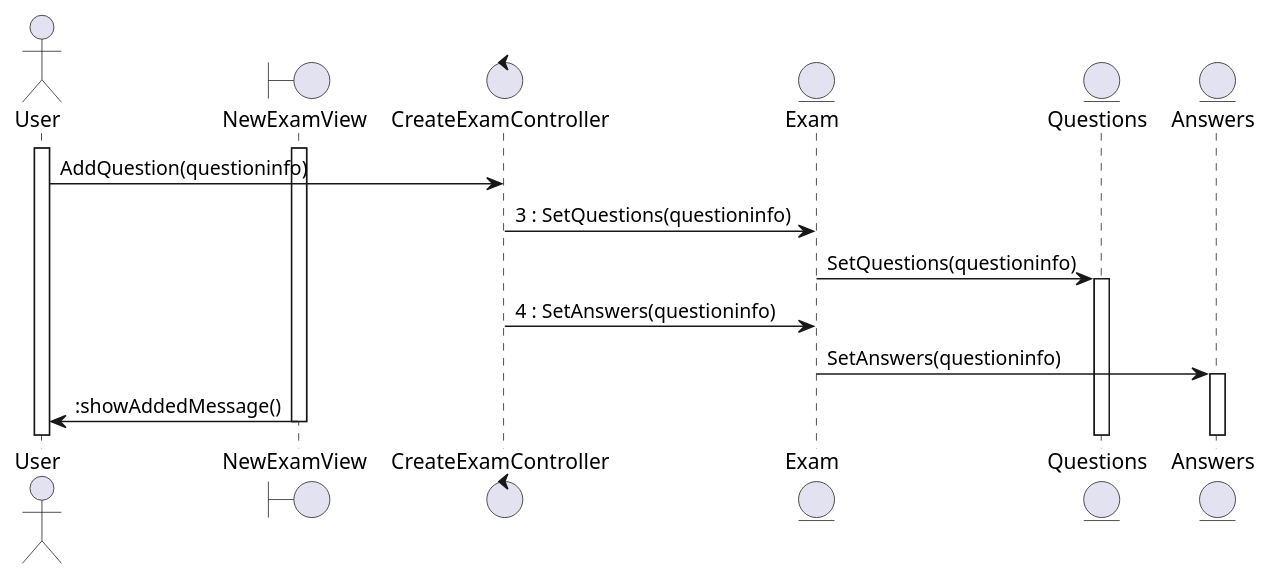
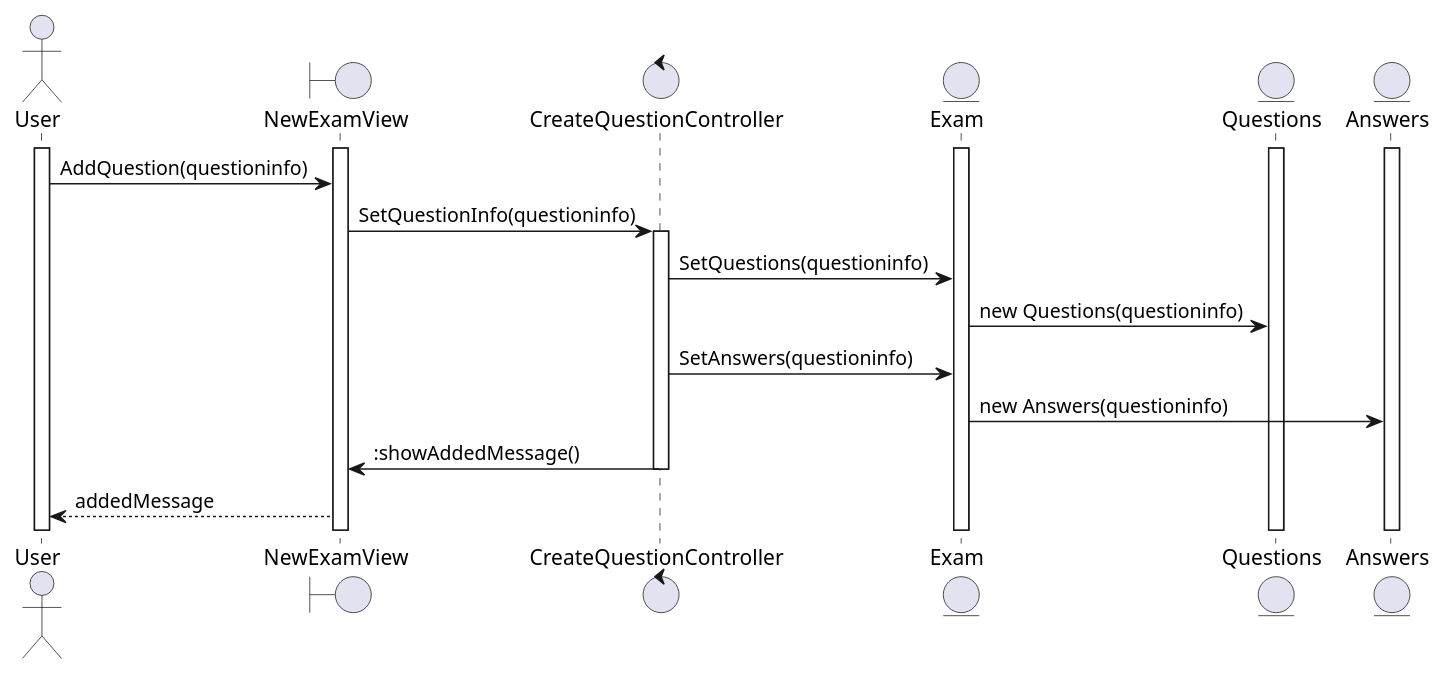
One commit to TheSProyect/Proyecto-IS-Grupo-1 changed the diagram in docs/logicalView/desingView/classDesign/UC-CreateQuestion-SequenceDiagram¡.plantuml. Above: the diagram before and after it, drawn with PlantUML.

Commit message:
Update UC-CreateQuestion-SequenceDiagram

```diff
--- a/docs/logicalView/desingView/classDesign/UC-CreateQuestion-SequenceDiagram¡.plantuml
+++ b/docs/logicalView/desingView/classDesign/UC-CreateQuestion-SequenceDiagram¡.plantuml
@@ -1,26 +1,35 @@
 @startuml
 actor User
 boundary NewExamView as NV
 
-control CreateExamController as C
+control CreateQuestionController as C
 
 entity Exam as X
 entity Questions as Q
 entity Answers as A
 
+activate X
 activate User
 activate NV
-
-User -> C : AddQuestion(questioninfo)
-
-C -> X : 3 : SetQuestions(questioninfo)
-X -> Q : SetQuestions(questioninfo)
 activate Q
-
-C -> X : 4 : SetAnswers(questioninfo)
-X -> A : SetAnswers(questioninfo)
 activate A
 
-NV -> User : :showAddedMessage()
-deactivate NV
+User -> NV : AddQuestion(questioninfo)
+NV -> C : SetQuestionInfo(questioninfo)
+activate C
+
+
+C -> X : SetQuestions(questioninfo)
+
+X -> Q : new Questions(questioninfo)
+
+
+C -> X : SetAnswers(questioninfo)
+X -> A : new Answers(questioninfo)
+
+
+C -> NV : :showAddedMessage()
+deactivate C
+
+NV --> User : addedMessage
 @enduml
```
